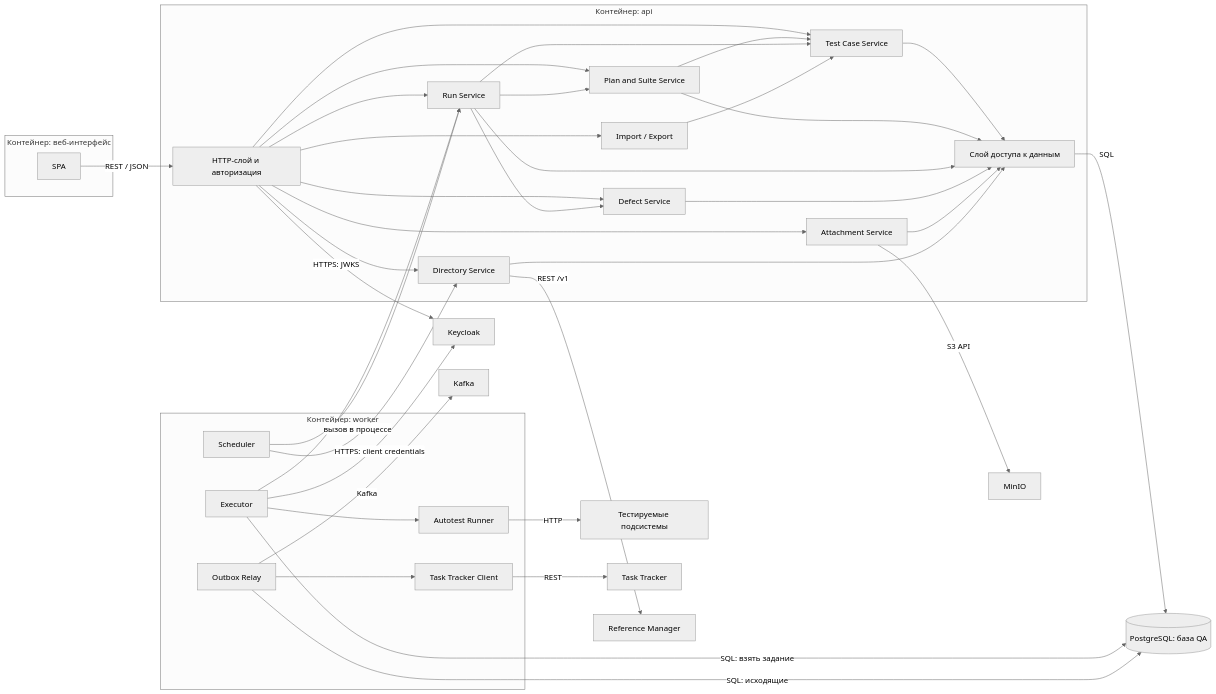
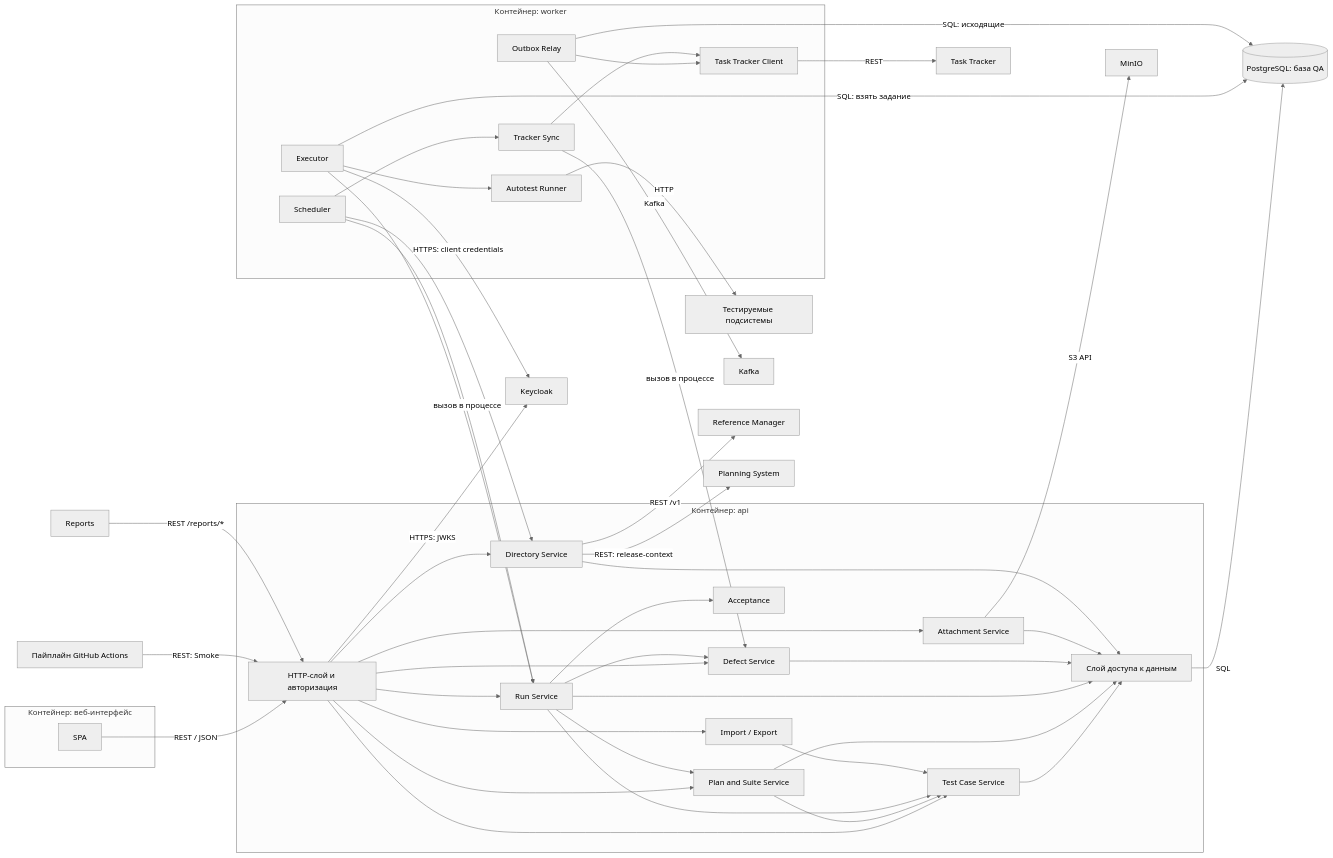
Before and after one commit to MEPhI-C22-501/arch-info-system-monorepo: the diagram in qa/docs/150.component-diagram.md, drawn with Mermaid (neutral theme). The commit also changed other lines of this file and 36 other files, not shown here.

````diff
--- a/qa/docs/150.component-diagram.md
+++ b/qa/docs/150.component-diagram.md
@@ -10,54 +10,63 @@
 ```mermaid
 flowchart LR
     subgraph FE["Контейнер: веб-интерфейс"]
         SPA["SPA"]
     end
 
     subgraph APIc["Контейнер: api"]
         HTTP["HTTP-слой и авторизация"]
         CASE["Test Case Service"]
         PLAN["Plan and Suite Service"]
         RUNS["Run Service"]
+        ACCS["Acceptance"]
         DEFS["Defect Service"]
         ATTS["Attachment Service"]
         IMEX["Import / Export"]
         DIR["Directory Service"]
         REPO["Слой доступа к данным"]
     end
 
     subgraph WRK["Контейнер: worker"]
         EXEC["Executor"]
         RUNNER["Autotest Runner"]
         RELAY["Outbox Relay"]
         TTC["Task Tracker Client"]
+        TSYNC["Tracker Sync"]
         SCHED["Scheduler"]
     end
 
     DB[("PostgreSQL: база QA")]
 
     SPA -->|"REST / JSON"| HTTP
     HTTP --> CASE & PLAN & RUNS & DEFS & ATTS & IMEX & DIR
     PLAN --> CASE
     RUNS --> CASE
     RUNS --> PLAN
     RUNS --> DEFS
+    RUNS --> ACCS
     IMEX --> CASE
     CASE & PLAN & RUNS & DEFS & ATTS & DIR --> REPO
     REPO -->|"SQL"| DB
 
     EXEC -->|"SQL: взять задание"| DB
     EXEC --> RUNNER
     EXEC -->|"вызов в процессе"| RUNS
     RELAY -->|"SQL: исходящие"| DB
     RELAY --> TTC
     SCHED --> RUNS
     SCHED --> DIR
+    SCHED --> TSYNC
+    TSYNC --> TTC
+    TSYNC -->|"вызов в процессе"| DEFS
 
     HTTP -->|"HTTPS: JWKS"| KC["Keycloak"]
     EXEC -->|"HTTPS: client credentials"| KC
     RUNNER -->|"HTTP"| SUT["Тестируемые подсистемы"]
     RELAY -->|"Kafka"| KF["Kafka"]
     TTC -->|"REST"| TT["Task Tracker"]
     DIR -->|"REST /v1"| RM["Reference Manager"]
+    DIR -->|"REST: release-context"| PS["Planning System"]
+    CI["Пайплайн GitHub Actions"] -->|"REST: Smoke"| HTTP
+    REP["Reports"] -->|"REST /reports/*"| HTTP
     ATTS -->|"S3 API"| S3["MinIO"]
 ```
````
